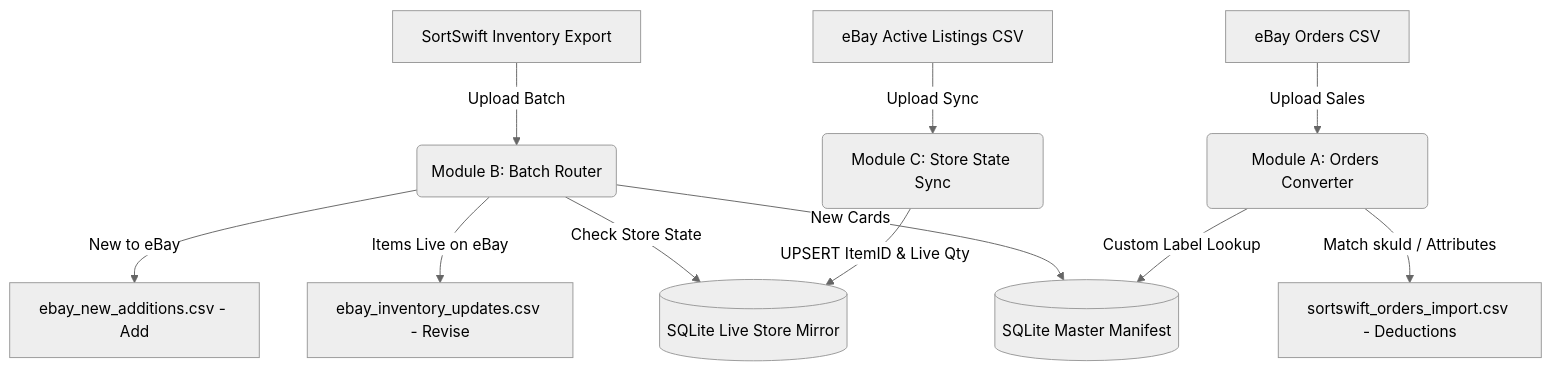
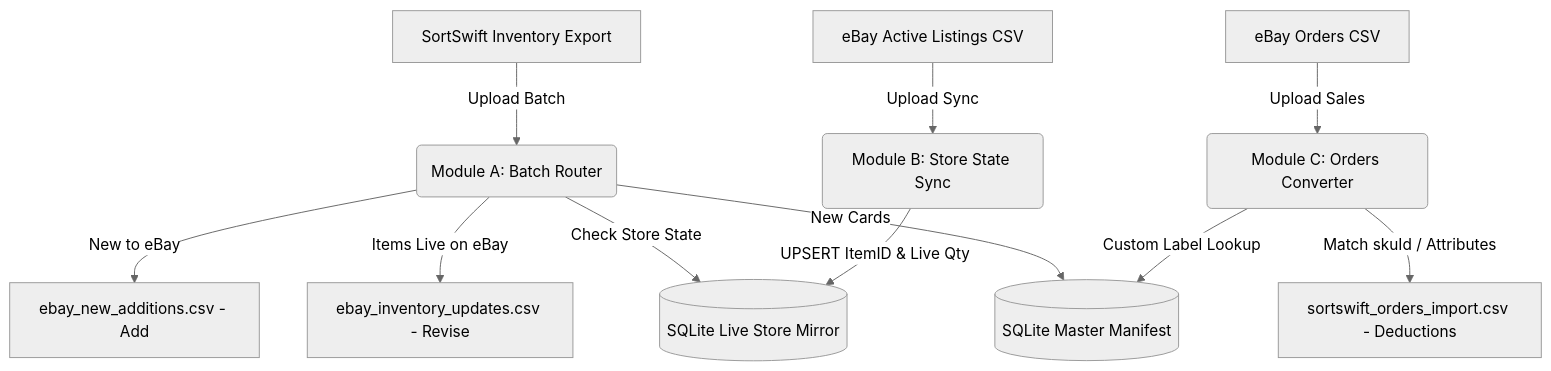
One commit to mrhappyasthma/TCG-Inventory-Middleware changed the diagram in README.md. Above: the diagram before and after it, drawn with Mermaid (neutral theme). The commit also changed other lines of this file and 9 other files, not shown here.

````diff
--- a/README.md
+++ b/README.md
@@ -11,15 +11,15 @@
 ```mermaid
 graph TD
-    A[SortSwift Inventory Export] -->|Upload Batch| B(Module B: Batch Router)
+    A[SortSwift Inventory Export] -->|Upload Batch| B(Module A: Batch Router)
     B -->|New Cards| C[(SQLite Master Manifest)]
     B -->|Check Store State| D[(SQLite Live Store Mirror)]
     B -->|Items Live on eBay| E[ebay_inventory_updates.csv - Revise]
     B -->|New to eBay| F[ebay_new_additions.csv - Add]
 
-    G[eBay Orders CSV] -->|Upload Sales| H(Module A: Orders Converter)
+    G[eBay Orders CSV] -->|Upload Sales| H(Module C: Orders Converter)
     H -->|Custom Label Lookup| C
     H -->|Match skuId / Attributes| I[sortswift_orders_import.csv - Deductions]
 
-    J[eBay Active Listings CSV] -->|Upload Sync| K(Module C: Store State Sync)
+    J[eBay Active Listings CSV] -->|Upload Sync| K(Module B: Store State Sync)
     K -->|UPSERT ItemID & Live Qty| D
 ```
````
